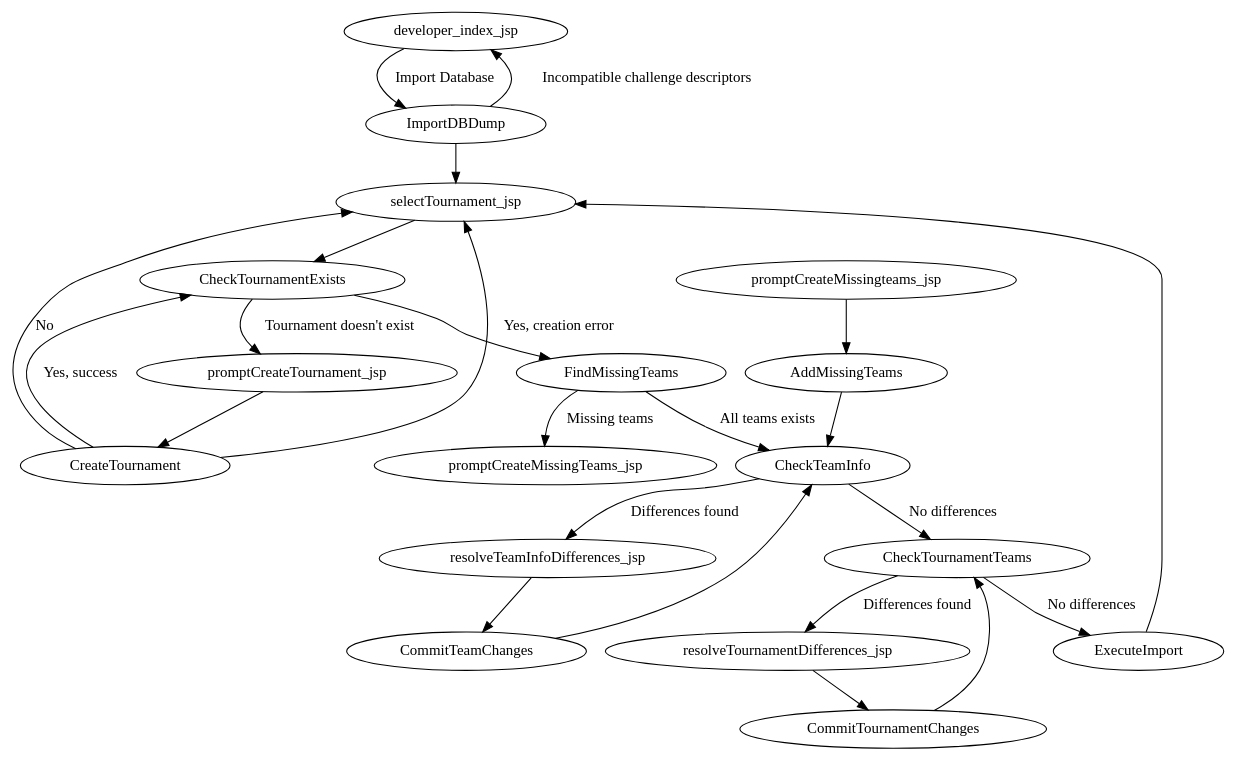
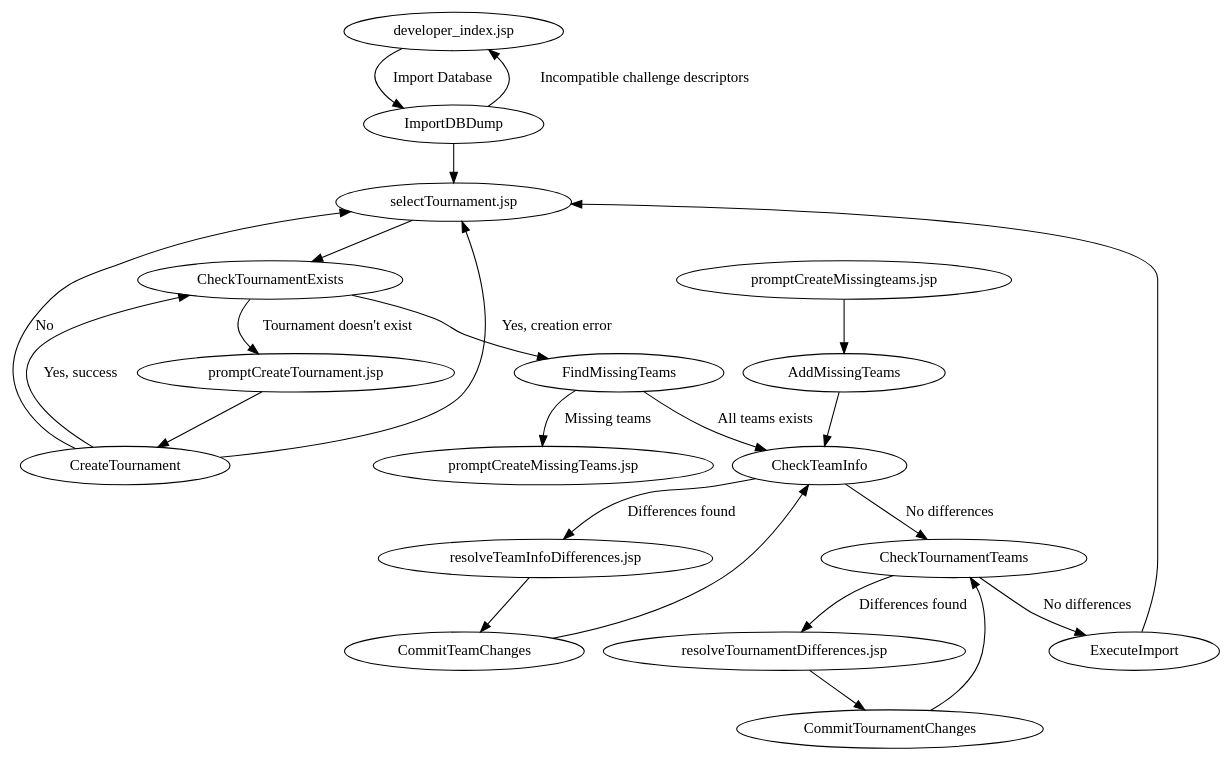
The diagram in scoring/docs/workflows/merge-database.dot (jpschewe/fll-sw), drawn with Graphviz before and after one commit. The commit also changed 8 other files, not shown here.

```diff
--- a/scoring/docs/workflows/merge-database.dot
+++ b/scoring/docs/workflows/merge-database.dot
@@ -1,42 +1,42 @@
 digraph MergeDatabase {
 
-developer_index_jsp -> ImportDBDump [label="Import Database"];
+"developer_index.jsp" -> ImportDBDump [label="Import Database"];
 
-ImportDBDump -> selectTournament_jsp;
-ImportDBDump -> developer_index_jsp [label="Incompatible challenge descriptors"];
+ImportDBDump -> "selectTournament.jsp";
+ImportDBDump -> "developer_index.jsp" [label="Incompatible challenge descriptors"];
 
-selectTournament_jsp -> CheckTournamentExists;
+"selectTournament.jsp" -> CheckTournamentExists;
 
-CheckTournamentExists -> promptCreateTournament_jsp [label="Tournament doesn't exist"];
+CheckTournamentExists -> "promptCreateTournament.jsp" [label="Tournament doesn't exist"];
 CheckTournamentExists -> FindMissingTeams;
 
-promptCreateTournament_jsp -> CreateTournament;
+"promptCreateTournament.jsp" -> CreateTournament;
 
-CreateTournament -> selectTournament_jsp [label="Yes, creation error"];
+CreateTournament -> "selectTournament.jsp" [label="Yes, creation error"];
 CreateTournament -> CheckTournamentExists [label="Yes, success"];
-CreateTournament -> selectTournament_jsp [label="No"];
+CreateTournament -> "selectTournament.jsp" [label="No"];
 
 FindMissingTeams -> CheckTeamInfo [label="All teams exists"];
-FindMissingTeams -> promptCreateMissingTeams_jsp [label="Missing teams"];
+FindMissingTeams -> "promptCreateMissingTeams.jsp" [label="Missing teams"];
 
-promptCreateMissingteams_jsp -> AddMissingTeams;
+"promptCreateMissingteams.jsp" -> AddMissingTeams;
 
 AddMissingTeams -> CheckTeamInfo;
 
 CheckTeamInfo -> CheckTournamentTeams [label="No differences"];
-CheckTeamInfo -> resolveTeamInfoDifferences_jsp [label="Differences found"];
+CheckTeamInfo -> "resolveTeamInfoDifferences.jsp" [label="Differences found"];
 
-resolveTeamInfoDifferences_jsp -> CommitTeamChanges;
+"resolveTeamInfoDifferences.jsp" -> CommitTeamChanges;
 
 CommitTeamChanges -> CheckTeamInfo;
 
 CheckTournamentTeams -> ExecuteImport [label="No differences"];
-CheckTournamentTeams -> resolveTournamentDifferences_jsp [label="Differences found"];
+CheckTournamentTeams -> "resolveTournamentDifferences.jsp" [label="Differences found"];
 
-resolveTournamentDifferences_jsp -> CommitTournamentChanges;
+"resolveTournamentDifferences.jsp" -> CommitTournamentChanges;
 
 CommitTournamentChanges -> CheckTournamentTeams;
 
-ExecuteImport -> selectTournament_jsp;
+ExecuteImport -> "selectTournament.jsp";
 
 }
```
